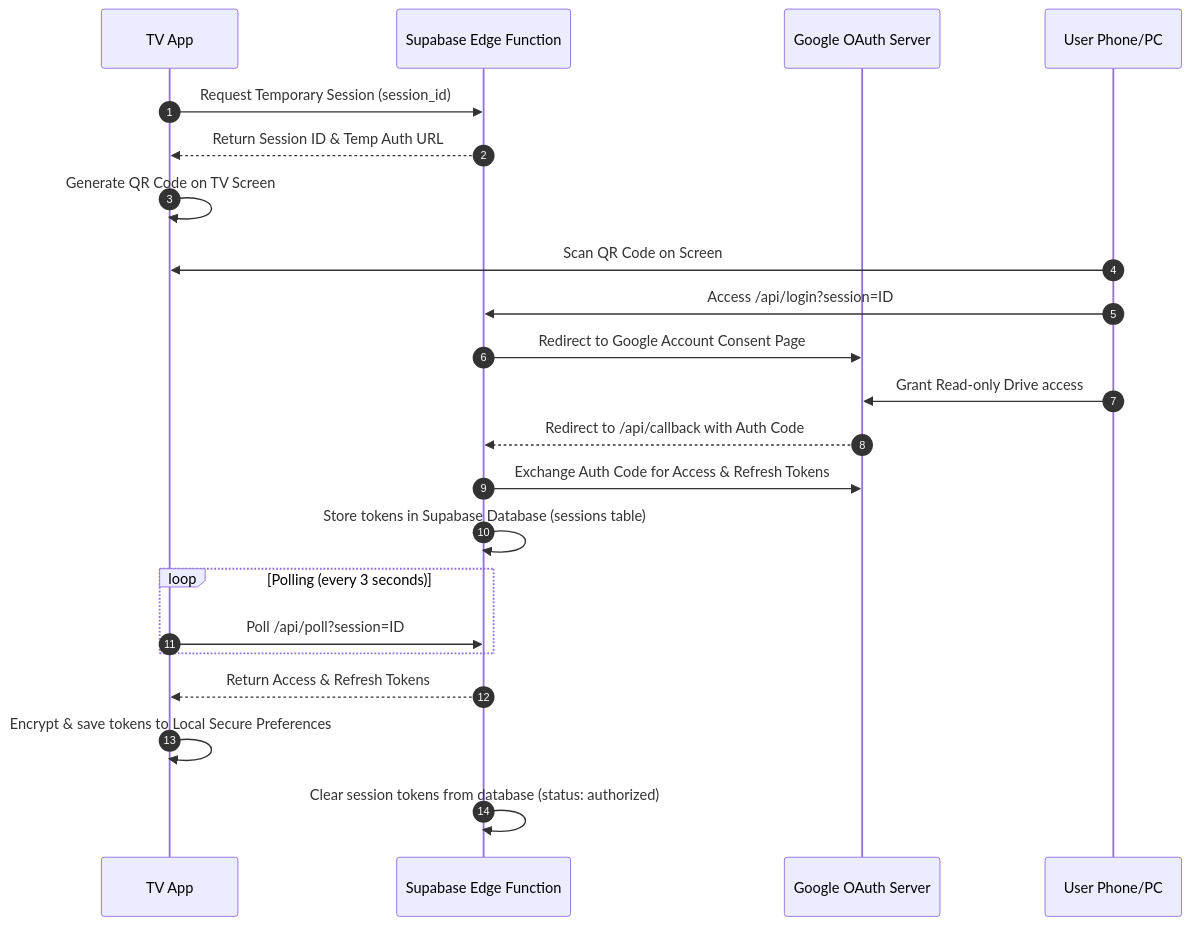
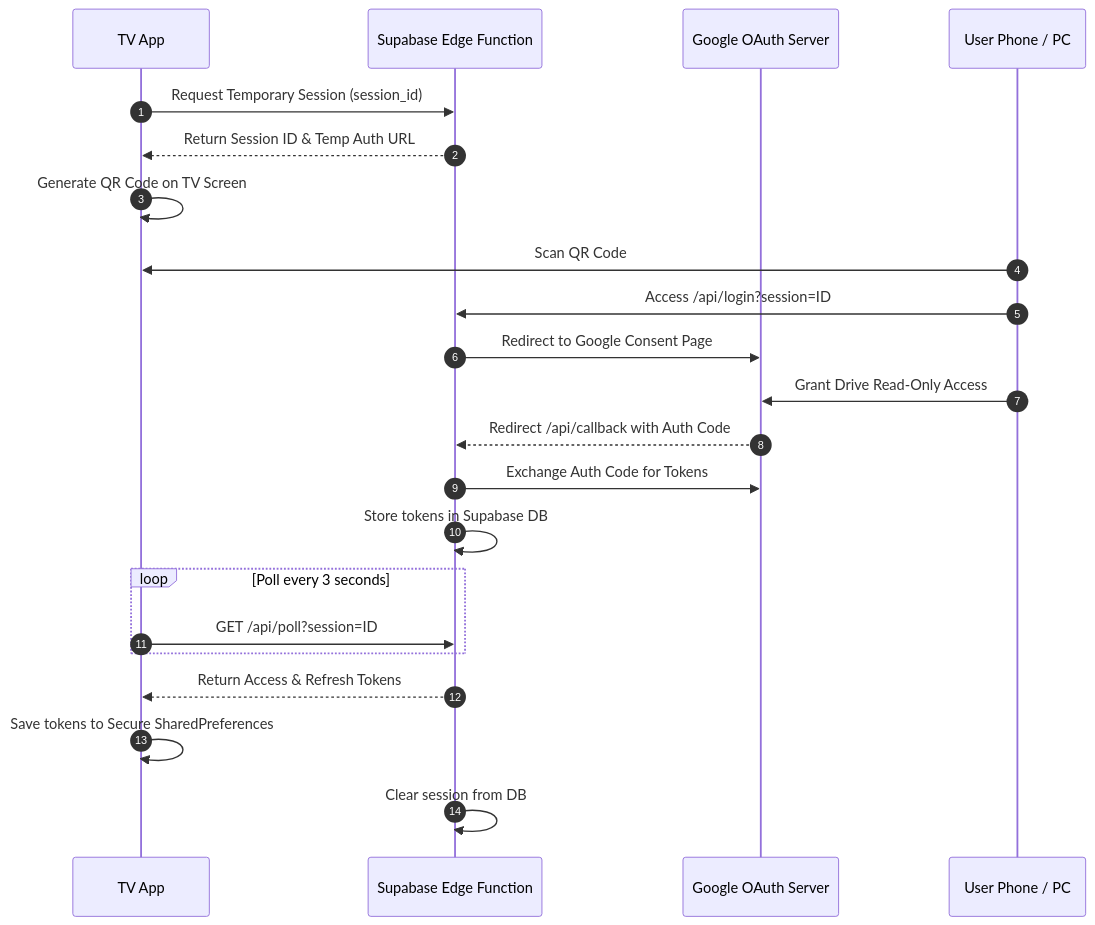
Before and after one commit to Rupam852/CloudStream-TV: the diagram in README.md, drawn with Mermaid. The commit also changed other lines of this file, not shown here.

Commit message:
docs: redesign README.md with premium styling, sequence diagrams, and architecture breakdown

````diff
--- a/README.md
+++ b/README.md
@@ -115,25 +184,25 @@
 ```mermaid
 sequenceDiagram
     autonumber
     participant TV as TV App
     participant BE as Supabase Edge Function
     participant GO as Google OAuth Server
-    participant PH as User Phone/PC
+    participant PH as User Phone / PC
 
     TV->>BE: Request Temporary Session (session_id)
     BE-->>TV: Return Session ID & Temp Auth URL
     TV->>TV: Generate QR Code on TV Screen
-    PH->>TV: Scan QR Code on Screen
+    PH->>TV: Scan QR Code
     PH->>BE: Access /api/login?session=ID
-    BE->>GO: Redirect to Google Account Consent Page
-    PH->>GO: Grant Read-only Drive access
-    GO-->>BE: Redirect to /api/callback with Auth Code
-    BE->>GO: Exchange Auth Code for Access & Refresh Tokens
-    BE->>BE: Store tokens in Supabase Database (sessions table)
-    loop Polling (every 3 seconds)
-        TV->>BE: Poll /api/poll?session=ID
+    BE->>GO: Redirect to Google Consent Page
+    PH->>GO: Grant Drive Read-Only Access
+    GO-->>BE: Redirect /api/callback with Auth Code
+    BE->>GO: Exchange Auth Code for Tokens
+    BE->>BE: Store tokens in Supabase DB
+    loop Poll every 3 seconds
+        TV->>BE: GET /api/poll?session=ID
     end
     BE-->>TV: Return Access & Refresh Tokens
-    TV->>TV: Encrypt & save tokens to Local Secure Preferences
-    BE->>BE: Clear session tokens from database (status: authorized)
+    TV->>TV: Save tokens to Secure SharedPreferences
+    BE->>BE: Clear session from DB
 ```
````
